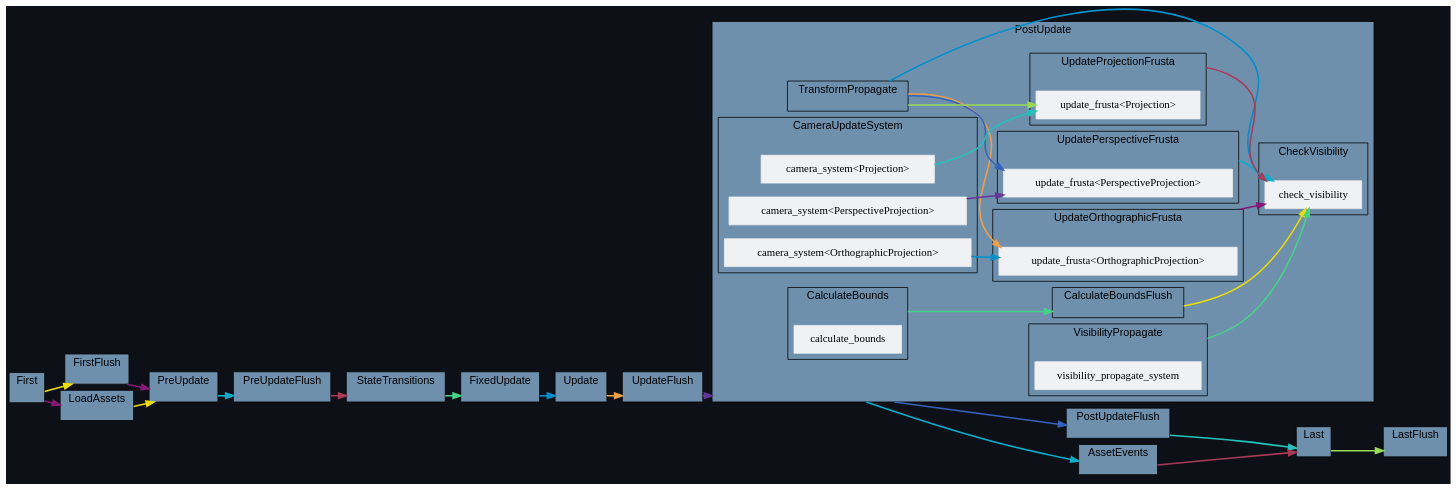
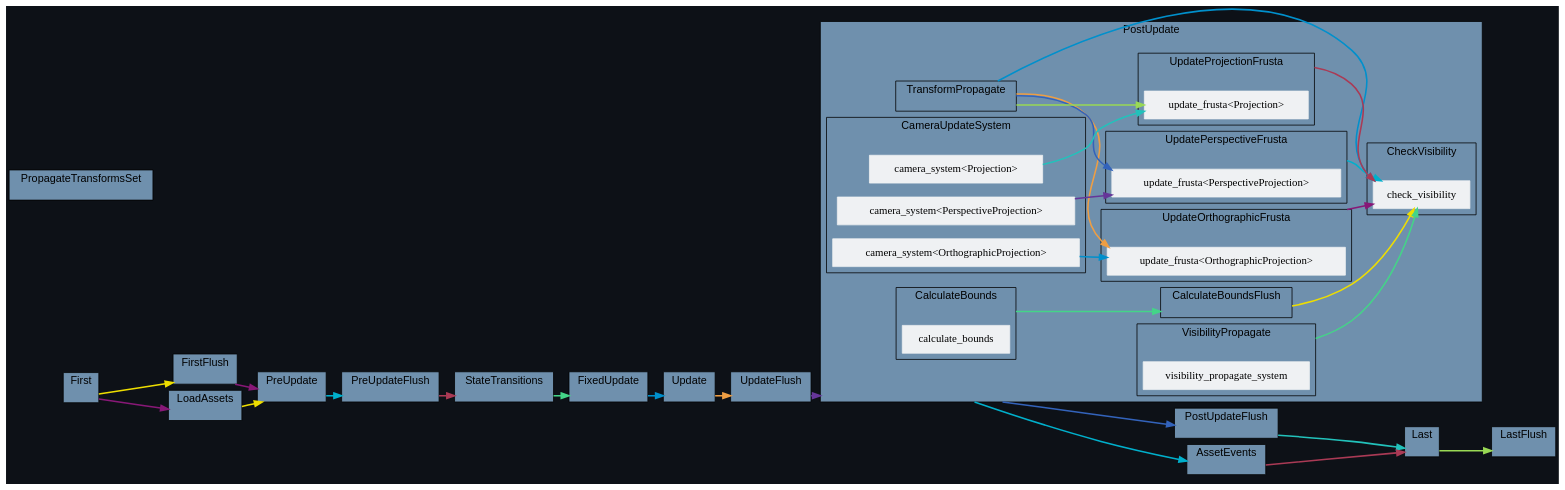
Before and after one commit to jakobhellermann/bevy_mod_debugdump: the diagram in docs/schedule/by-crate/dark/schedule_Main_bevy_render.dot, drawn with Graphviz. The commit also changed 79 other files, not shown here.

```diff
--- a/docs/schedule/by-crate/dark/schedule_Main_bevy_render.dot
+++ b/docs/schedule/by-crate/dark/schedule_Main_bevy_render.dot
@@ -100,76 +100,76 @@
 			"set_marker_node_Set(20)" ["style"="invis", "label"="", "height"="0", "shape"="point"]
 		}
 		
-		subgraph "clusternode_Set(76)" {
+		subgraph "clusternode_Set(77)" {
 			"label"="CameraUpdateSystem";
 			"tooltip"="CameraUpdateSystem";
 			"bgcolor"="#6f90ad";
 			"color"="black";
-			"set_marker_node_Set(76)" ["style"="invis", "label"="", "height"="0", "shape"="point"]
+			"set_marker_node_Set(77)" ["style"="invis", "label"="", "height"="0", "shape"="point"]
 			"node_System(63)" ["label"="camera_system<Projection>", "tooltip"="bevy_render::camera::camera::camera_system<bevy_render::camera::projection::Projection>"]
 			"node_System(64)" ["label"="camera_system<OrthographicProjection>", "tooltip"="bevy_render::camera::camera::camera_system<bevy_render::camera::projection::OrthographicProjection>"]
 			"node_System(65)" ["label"="camera_system<PerspectiveProjection>", "tooltip"="bevy_render::camera::camera::camera_system<bevy_render::camera::projection::PerspectiveProjection>"]
 		}
 		
-		subgraph "clusternode_Set(80)" {
+		subgraph "clusternode_Set(81)" {
 			"label"="CalculateBounds";
 			"tooltip"="CalculateBounds";
 			"bgcolor"="#6f90ad";
 			"color"="black";
-			"set_marker_node_Set(80)" ["style"="invis", "label"="", "height"="0", "shape"="point"]
+			"set_marker_node_Set(81)" ["style"="invis", "label"="", "height"="0", "shape"="point"]
 			"node_System(67)" ["label"="calculate_bounds", "tooltip"="bevy_render::view::visibility::calculate_bounds"]
 		}
 		
-		subgraph "clusternode_Set(81)" {
+		subgraph "clusternode_Set(82)" {
 			"label"="CalculateBoundsFlush";
 			"tooltip"="CalculateBoundsFlush";
 			"bgcolor"="#6f90ad";
 			"color"="black";
-			"set_marker_node_Set(81)" ["style"="invis", "label"="", "height"="0", "shape"="point"]
+			"set_marker_node_Set(82)" ["style"="invis", "label"="", "height"="0", "shape"="point"]
 		}
 		
-		subgraph "clusternode_Set(82)" {
+		subgraph "clusternode_Set(83)" {
 			"label"="UpdateOrthographicFrusta";
 			"tooltip"="UpdateOrthographicFrusta";
 			"bgcolor"="#6f90ad";
 			"color"="black";
-			"set_marker_node_Set(82)" ["style"="invis", "label"="", "height"="0", "shape"="point"]
+			"set_marker_node_Set(83)" ["style"="invis", "label"="", "height"="0", "shape"="point"]
 			"node_System(68)" ["label"="update_frusta<OrthographicProjection>", "tooltip"="bevy_render::view::visibility::update_frusta<bevy_render::camera::projection::OrthographicProjection>"]
 		}
 		
-		subgraph "clusternode_Set(83)" {
+		subgraph "clusternode_Set(84)" {
 			"label"="UpdatePerspectiveFrusta";
 			"tooltip"="UpdatePerspectiveFrusta";
 			"bgcolor"="#6f90ad";
 			"color"="black";
-			"set_marker_node_Set(83)" ["style"="invis", "label"="", "height"="0", "shape"="point"]
+			"set_marker_node_Set(84)" ["style"="invis", "label"="", "height"="0", "shape"="point"]
 			"node_System(69)" ["label"="update_frusta<PerspectiveProjection>", "tooltip"="bevy_render::view::visibility::update_frusta<bevy_render::camera::projection::PerspectiveProjection>"]
 		}
 		
-		subgraph "clusternode_Set(84)" {
+		subgraph "clusternode_Set(85)" {
 			"label"="UpdateProjectionFrusta";
 			"tooltip"="UpdateProjectionFrusta";
 			"bgcolor"="#6f90ad";
 			"color"="black";
-			"set_marker_node_Set(84)" ["style"="invis", "label"="", "height"="0", "shape"="point"]
+			"set_marker_node_Set(85)" ["style"="invis", "label"="", "height"="0", "shape"="point"]
 			"node_System(70)" ["label"="update_frusta<Projection>", "tooltip"="bevy_render::view::visibility::update_frusta<bevy_render::camera::projection::Projection>"]
 		}
 		
-		subgraph "clusternode_Set(85)" {
+		subgraph "clusternode_Set(86)" {
 			"label"="CheckVisibility";
 			"tooltip"="CheckVisibility";
 			"bgcolor"="#6f90ad";
 			"color"="black";
-			"set_marker_node_Set(85)" ["style"="invis", "label"="", "height"="0", "shape"="point"]
+			"set_marker_node_Set(86)" ["style"="invis", "label"="", "height"="0", "shape"="point"]
 			"node_System(72)" ["label"="check_visibility", "tooltip"="bevy_render::view::visibility::check_visibility"]
 		}
 		
-		subgraph "clusternode_Set(86)" {
+		subgraph "clusternode_Set(87)" {
 			"label"="VisibilityPropagate";
 			"tooltip"="VisibilityPropagate";
 			"bgcolor"="#6f90ad";
 			"color"="black";
-			"set_marker_node_Set(86)" ["style"="invis", "label"="", "height"="0", "shape"="point"]
+			"set_marker_node_Set(87)" ["style"="invis", "label"="", "height"="0", "shape"="point"]
 			"node_System(71)" ["label"="visibility_propagate_system", "tooltip"="bevy_render::view::visibility::visibility_propagate_system"]
 		}
 		
@@ -183,20 +183,28 @@
 		"set_marker_node_Set(12)" ["style"="invis", "label"="", "height"="0", "shape"="point"]
 	}
 	
-	subgraph "clusternode_Set(58)" {
+	subgraph "clusternode_Set(22)" {
+		"label"="PropagateTransformsSet";
+		"tooltip"="PropagateTransformsSet";
+		"bgcolor"="#6f90ad";
+		"color"="black";
+		"set_marker_node_Set(22)" ["style"="invis", "label"="", "height"="0", "shape"="point"]
+	}
+	
+	subgraph "clusternode_Set(59)" {
 		"label"="LoadAssets";
 		"tooltip"="LoadAssets";
 		"bgcolor"="#6f90ad";
 		"color"="black";
-		"set_marker_node_Set(58)" ["style"="invis", "label"="", "height"="0", "shape"="point"]
+		"set_marker_node_Set(59)" ["style"="invis", "label"="", "height"="0", "shape"="point"]
 	}
 	
-	subgraph "clusternode_Set(59)" {
+	subgraph "clusternode_Set(60)" {
 		"label"="AssetEvents";
 		"tooltip"="AssetEvents";
 		"bgcolor"="#6f90ad";
 		"color"="black";
-		"set_marker_node_Set(59)" ["style"="invis", "label"="", "height"="0", "shape"="point"]
+		"set_marker_node_Set(60)" ["style"="invis", "label"="", "height"="0", "shape"="point"]
 	}
 	
 	"set_marker_node_Set(7)" -> "set_marker_node_Set(2)" ["lhead"="clusternode_Set(2)", "ltail"="clusternode_Set(7)", "tooltip"="First → FirstFlush", "color"="#eede00"]
@@ -210,21 +218,21 @@
 	"set_marker_node_Set(11)" -> "set_marker_node_Set(5)" ["lhead"="clusternode_Set(5)", "ltail"="clusternode_Set(11)", "tooltip"="PostUpdate → PostUpdateFlush", "color"="#3363bb"]
 	"set_marker_node_Set(5)" -> "set_marker_node_Set(12)" ["lhead"="clusternode_Set(12)", "ltail"="clusternode_Set(5)", "tooltip"="PostUpdateFlush → Last", "color"="#22c2bb"]
 	"set_marker_node_Set(12)" -> "set_marker_node_Set(6)" ["lhead"="clusternode_Set(6)", "ltail"="clusternode_Set(12)", "tooltip"="Last → LastFlush", "color"="#99d955"]
-	"set_marker_node_Set(58)" -> "set_marker_node_Set(8)" ["lhead"="clusternode_Set(8)", "ltail"="clusternode_Set(58)", "tooltip"="LoadAssets → PreUpdate", "color"="#eede00"]
-	"set_marker_node_Set(7)" -> "set_marker_node_Set(58)" ["lhead"="clusternode_Set(58)", "ltail"="clusternode_Set(7)", "tooltip"="First → LoadAssets", "color"="#881877"]
-	"set_marker_node_Set(11)" -> "set_marker_node_Set(59)" ["lhead"="clusternode_Set(59)", "ltail"="clusternode_Set(11)", "tooltip"="PostUpdate → AssetEvents", "color"="#00b0cc"]
-	"set_marker_node_Set(59)" -> "set_marker_node_Set(12)" ["lhead"="clusternode_Set(12)", "ltail"="clusternode_Set(59)", "tooltip"="AssetEvents → Last", "color"="#aa3a55"]
-	"set_marker_node_Set(80)" -> "set_marker_node_Set(81)" ["lhead"="clusternode_Set(81)", "ltail"="clusternode_Set(80)", "tooltip"="CalculateBounds → CalculateBoundsFlush", "color"="#44d488"]
+	"set_marker_node_Set(59)" -> "set_marker_node_Set(8)" ["lhead"="clusternode_Set(8)", "ltail"="clusternode_Set(59)", "tooltip"="LoadAssets → PreUpdate", "color"="#eede00"]
+	"set_marker_node_Set(7)" -> "set_marker_node_Set(59)" ["lhead"="clusternode_Set(59)", "ltail"="clusternode_Set(7)", "tooltip"="First → LoadAssets", "color"="#881877"]
+	"set_marker_node_Set(11)" -> "set_marker_node_Set(60)" ["lhead"="clusternode_Set(60)", "ltail"="clusternode_Set(11)", "tooltip"="PostUpdate → AssetEvents", "color"="#00b0cc"]
+	"set_marker_node_Set(60)" -> "set_marker_node_Set(12)" ["lhead"="clusternode_Set(12)", "ltail"="clusternode_Set(60)", "tooltip"="AssetEvents → Last", "color"="#aa3a55"]
+	"set_marker_node_Set(81)" -> "set_marker_node_Set(82)" ["lhead"="clusternode_Set(82)", "ltail"="clusternode_Set(81)", "tooltip"="CalculateBounds → CalculateBoundsFlush", "color"="#44d488"]
 	"node_System(64)" -> "node_System(68)" ["lhead"="", "ltail"="", "tooltip"="SystemTypeSet(camera_system<OrthographicProjection>\") → update_frusta<OrthographicProjection>", "color"="#0090cc"]
 	"set_marker_node_Set(20)" -> "node_System(68)" ["lhead"="", "ltail"="clusternode_Set(20)", "tooltip"="TransformPropagate → update_frusta<OrthographicProjection>", "color"="#ee9e44"]
 	"node_System(65)" -> "node_System(69)" ["lhead"="", "ltail"="", "tooltip"="SystemTypeSet(camera_system<PerspectiveProjection>\") → update_frusta<PerspectiveProjection>", "color"="#663699"]
 	"set_marker_node_Set(20)" -> "node_System(69)" ["lhead"="", "ltail"="clusternode_Set(20)", "tooltip"="TransformPropagate → update_frusta<PerspectiveProjection>", "color"="#3363bb"]
 	"node_System(63)" -> "node_System(70)" ["lhead"="", "ltail"="", "tooltip"="SystemTypeSet(camera_system<Projection>\") → update_frusta<Projection>", "color"="#22c2bb"]
 	"set_marker_node_Set(20)" -> "node_System(70)" ["lhead"="", "ltail"="clusternode_Set(20)", "tooltip"="TransformPropagate → update_frusta<Projection>", "color"="#99d955"]
-	"set_marker_node_Set(81)" -> "node_System(72)" ["lhead"="", "ltail"="clusternode_Set(81)", "tooltip"="CalculateBoundsFlush → check_visibility", "color"="#eede00"]
-	"set_marker_node_Set(82)" -> "node_System(72)" ["lhead"="", "ltail"="clusternode_Set(82)", "tooltip"="UpdateOrthographicFrusta → check_visibility", "color"="#881877"]
-	"set_marker_node_Set(83)" -> "node_System(72)" ["lhead"="", "ltail"="clusternode_Set(83)", "tooltip"="UpdatePerspectiveFrusta → check_visibility", "color"="#00b0cc"]
-	"set_marker_node_Set(84)" -> "node_System(72)" ["lhead"="", "ltail"="clusternode_Set(84)", "tooltip"="UpdateProjectionFrusta → check_visibility", "color"="#aa3a55"]
-	"set_marker_node_Set(86)" -> "node_System(72)" ["lhead"="", "ltail"="clusternode_Set(86)", "tooltip"="VisibilityPropagate → check_visibility", "color"="#44d488"]
+	"set_marker_node_Set(82)" -> "node_System(72)" ["lhead"="", "ltail"="clusternode_Set(82)", "tooltip"="CalculateBoundsFlush → check_visibility", "color"="#eede00"]
+	"set_marker_node_Set(83)" -> "node_System(72)" ["lhead"="", "ltail"="clusternode_Set(83)", "tooltip"="UpdateOrthographicFrusta → check_visibility", "color"="#881877"]
+	"set_marker_node_Set(84)" -> "node_System(72)" ["lhead"="", "ltail"="clusternode_Set(84)", "tooltip"="UpdatePerspectiveFrusta → check_visibility", "color"="#00b0cc"]
+	"set_marker_node_Set(85)" -> "node_System(72)" ["lhead"="", "ltail"="clusternode_Set(85)", "tooltip"="UpdateProjectionFrusta → check_visibility", "color"="#aa3a55"]
+	"set_marker_node_Set(87)" -> "node_System(72)" ["lhead"="", "ltail"="clusternode_Set(87)", "tooltip"="VisibilityPropagate → check_visibility", "color"="#44d488"]
 	"set_marker_node_Set(20)" -> "node_System(72)" ["lhead"="", "ltail"="clusternode_Set(20)", "tooltip"="TransformPropagate → check_visibility", "color"="#0090cc"]
 }
```
